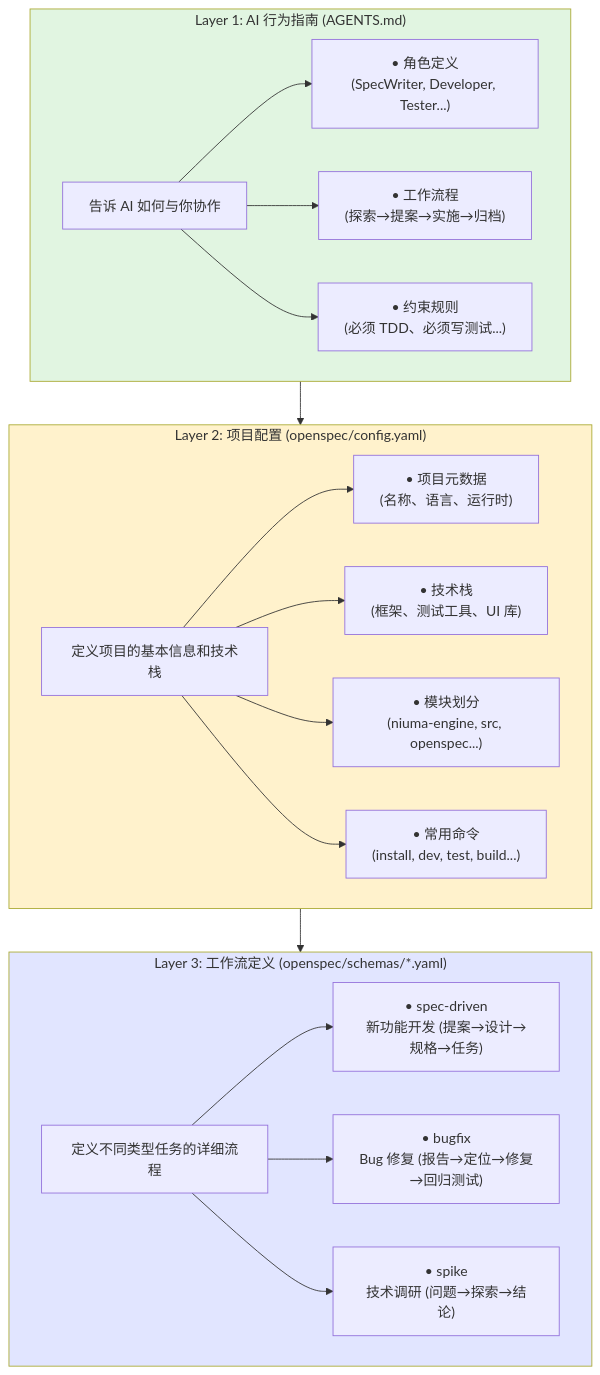
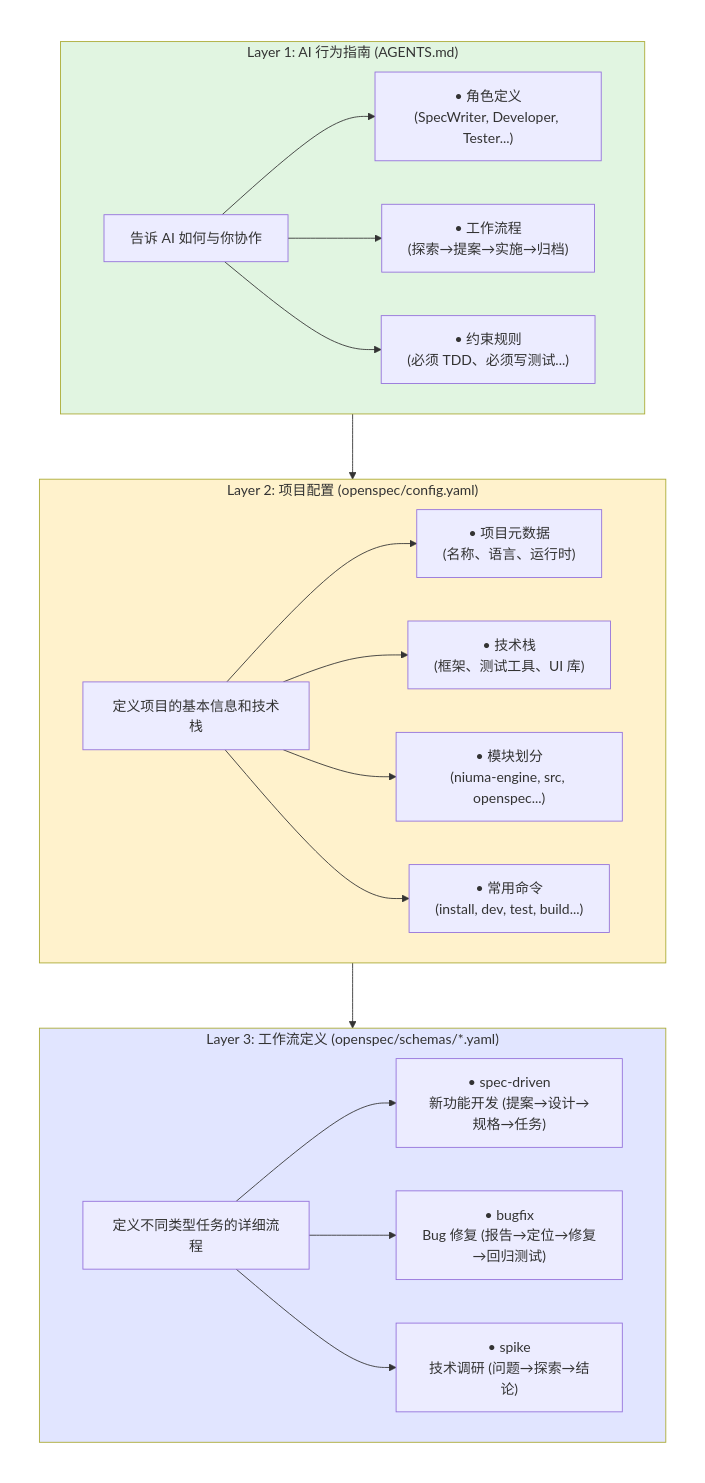
The first of 2 diagrams in docs/openspec/README.md (lihaizhong/niuma), drawn with Mermaid before and after one commit. The commit also changed 1 other file, not shown here.

Commit message:
docs: 优化 Mermaid 图表布局
- 三层配置体系图：添加外层容器使三个 Layer 水平居中
- 快速开始工作流图：调整扩展节点样式，使用虚线框区分主次

````diff
--- a/docs/openspec/README.md
+++ b/docs/openspec/README.md
@@ -18,41 +18,46 @@
 ```mermaid
 flowchart TB
-    subgraph Layer1["Layer 1: AI 行为指南 (AGENTS.md)"]
-        L1A["告诉 AI 如何与你协作"]
-        L1B["• 角色定义<br/>(SpecWriter, Developer, Tester...)"]
-        L1C["• 工作流程<br/>(探索→提案→实施→归档)"]
-        L1D["• 约束规则<br/>(必须 TDD、必须写测试...)"]
-        L1A --> L1B
-        L1A --> L1C
-        L1A --> L1D
+    subgraph Wrapper[" "]
+        direction TB
+
+        subgraph Layer1["Layer 1: AI 行为指南 (AGENTS.md)"]
+            L1A["告诉 AI 如何与你协作"]
+            L1B["• 角色定义<br/>(SpecWriter, Developer, Tester...)"]
+            L1C["• 工作流程<br/>(探索→提案→实施→归档)"]
+            L1D["• 约束规则<br/>(必须 TDD、必须写测试...)"]
+            L1A --> L1B
+            L1A --> L1C
+            L1A --> L1D
+        end
+
+        subgraph Layer2["Layer 2: 项目配置 (openspec/config.yaml)"]
+            L2A["定义项目的基本信息和技术栈"]
+            L2B["• 项目元数据<br/>(名称、语言、运行时)"]
+            L2C["• 技术栈<br/>(框架、测试工具、UI 库)"]
+            L2D["• 模块划分<br/>(niuma-engine, src, openspec...)"]
+            L2E["• 常用命令<br/>(install, dev, test, build...)"]
+            L2A --> L2B
+            L2A --> L2C
+            L2A --> L2D
+            L2A --> L2E
+        end
+
+        subgraph Layer3["Layer 3: 工作流定义 (openspec/schemas/*.yaml)"]
+            L3A["定义不同类型任务的详细流程"]
+            L3B["• spec-driven<br/>新功能开发 (提案→设计→规格→任务)"]
+            L3C["• bugfix<br/>Bug 修复 (报告→定位→修复→回归测试)"]
+            L3D["• spike<br/>技术调研 (问题→探索→结论)"]
+            L3A --> L3B
+            L3A --> L3C
+            L3A --> L3D
+        end
+
+        Layer1 --> Layer2
+        Layer2 --> Layer3
     end
-
-    subgraph Layer2["Layer 2: 项目配置 (openspec/config.yaml)"]
-        L2A["定义项目的基本信息和技术栈"]
-        L2B["• 项目元数据<br/>(名称、语言、运行时)"]
-        L2C["• 技术栈<br/>(框架、测试工具、UI 库)"]
-        L2D["• 模块划分<br/>(niuma-engine, src, openspec...)"]
-        L2E["• 常用命令<br/>(install, dev, test, build...)"]
-        L2A --> L2B
-        L2A --> L2C
-        L2A --> L2D
-        L2A --> L2E
-    end
-
-    subgraph Layer3["Layer 3: 工作流定义 (openspec/schemas/*.yaml)"]
-        L3A["定义不同类型任务的详细流程"]
-        L3B["• spec-driven<br/>新功能开发 (提案→设计→规格→任务)"]
-        L3C["• bugfix<br/>Bug 修复 (报告→定位→修复→回归测试)"]
-        L3D["• spike<br/>技术调研 (问题→探索→结论)"]
-        L3A --> L3B
-        L3A --> L3C
-        L3A --> L3D
-    end
-
-    Layer1 --> Layer2
-    Layer2 --> Layer3
 
     style Layer1 fill:#e1f5e1
     style Layer2 fill:#fff2cc
     style Layer3 fill:#e1e5ff
+    style Wrapper fill:none,stroke:none
 ```
````
